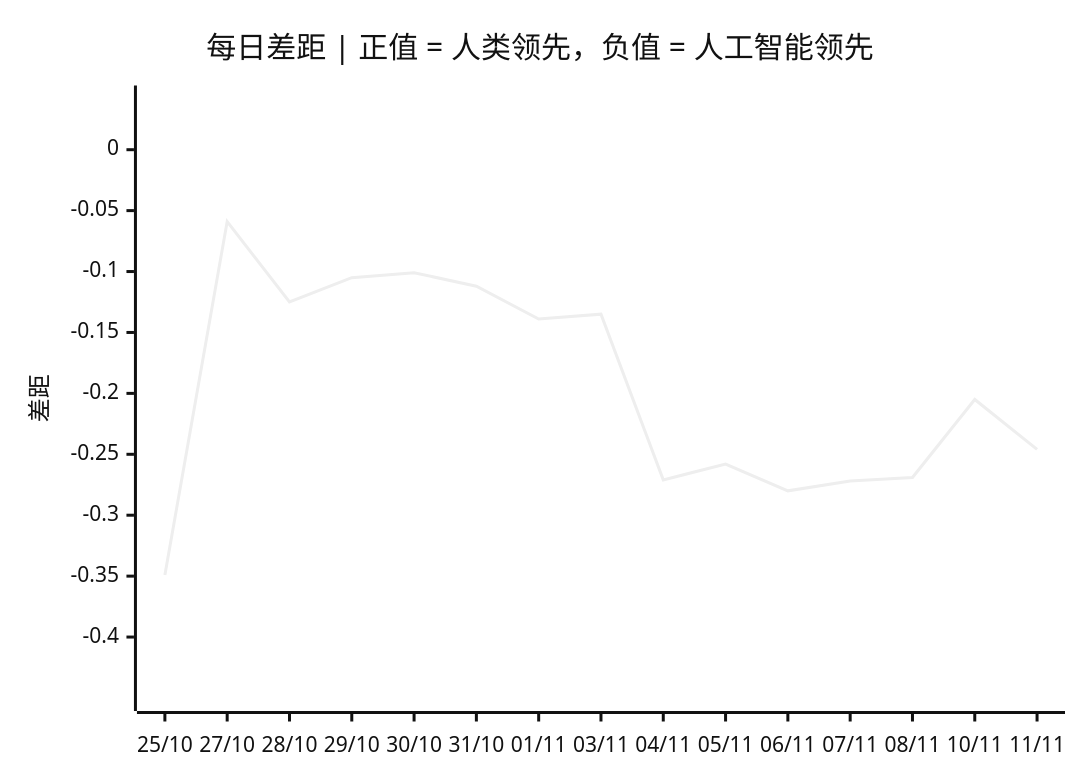
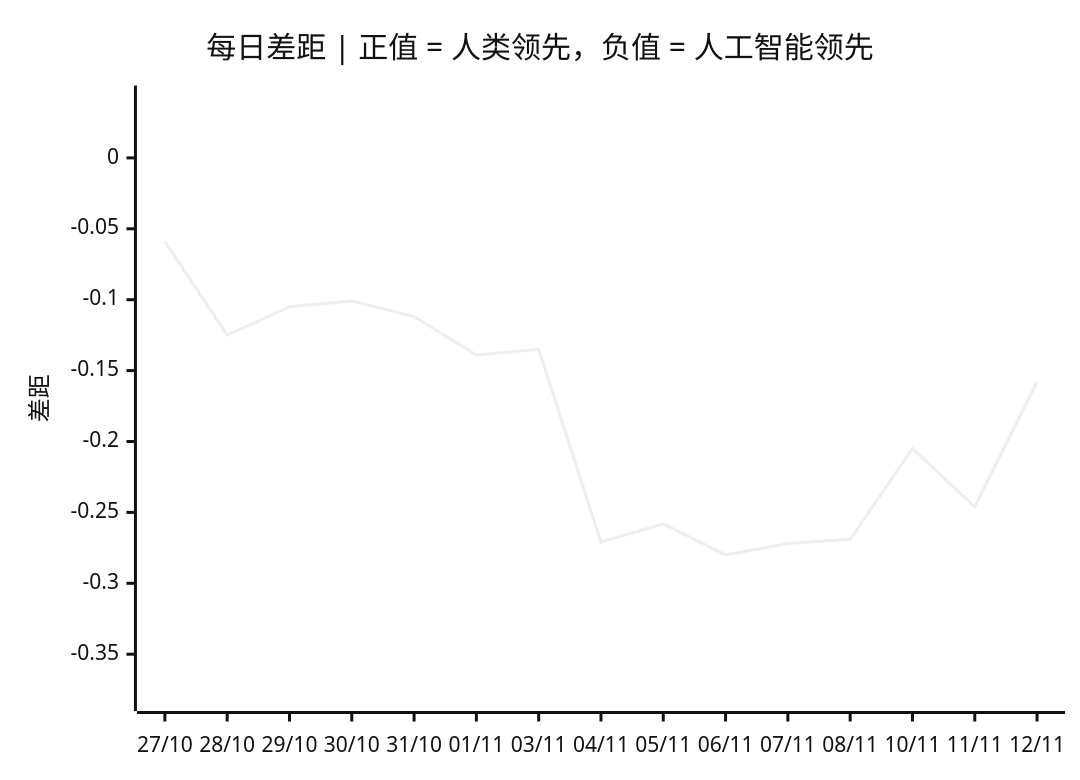
The third of 3 diagrams in README.zh.md (VQQLK/Human-AI-Monitor), drawn with Mermaid (neutral theme) before and after one commit. The commit also changed other lines of this file and 3 other files, not shown here.

````diff
--- a/README.zh.md
+++ b/README.zh.md
@@ -56,7 +56,7 @@
 ```mermaid
 xychart-beta
     title "每日差距 | 正值 = 人类领先，负值 = 人工智能领先"
-    x-axis ["25/10", "27/10", "28/10", "29/10", "30/10", "31/10", "01/11", "03/11", "04/11", "05/11", "06/11", "07/11", "08/11", "10/11", "11/11"]
-    y-axis "差距" -0.449 --> 0.041
-    line [-0.349, -0.059, -0.125, -0.105, -0.101, -0.112, -0.139, -0.135, -0.271, -0.258, -0.280, -0.272, -0.269, -0.205, -0.246]
+    x-axis ["27/10", "28/10", "29/10", "30/10", "31/10", "01/11", "03/11", "04/11", "05/11", "06/11", "07/11", "08/11", "10/11", "11/11", "12/11"]
+    y-axis "差距" -0.380 --> 0.041
+    line [-0.059, -0.125, -0.105, -0.101, -0.112, -0.139, -0.135, -0.271, -0.258, -0.280, -0.272, -0.269, -0.205, -0.246, -0.158]
 ```
````
